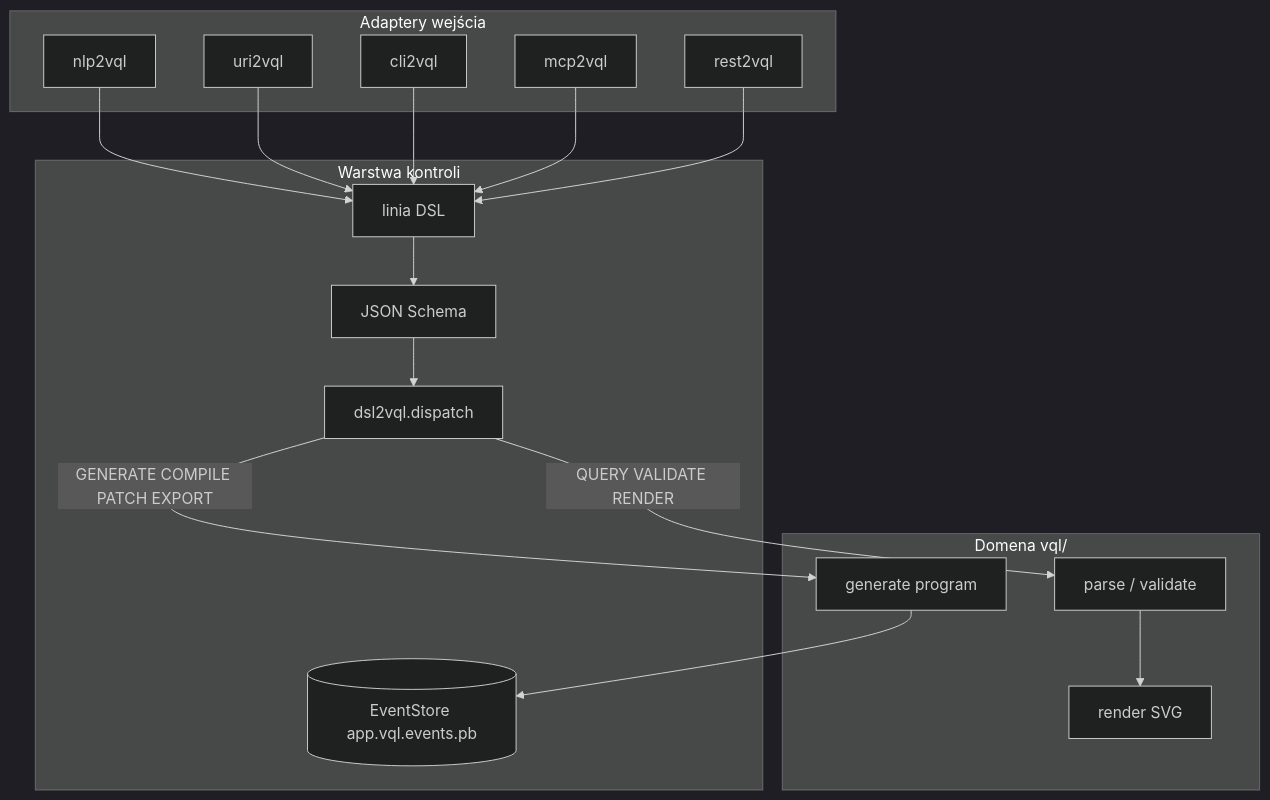
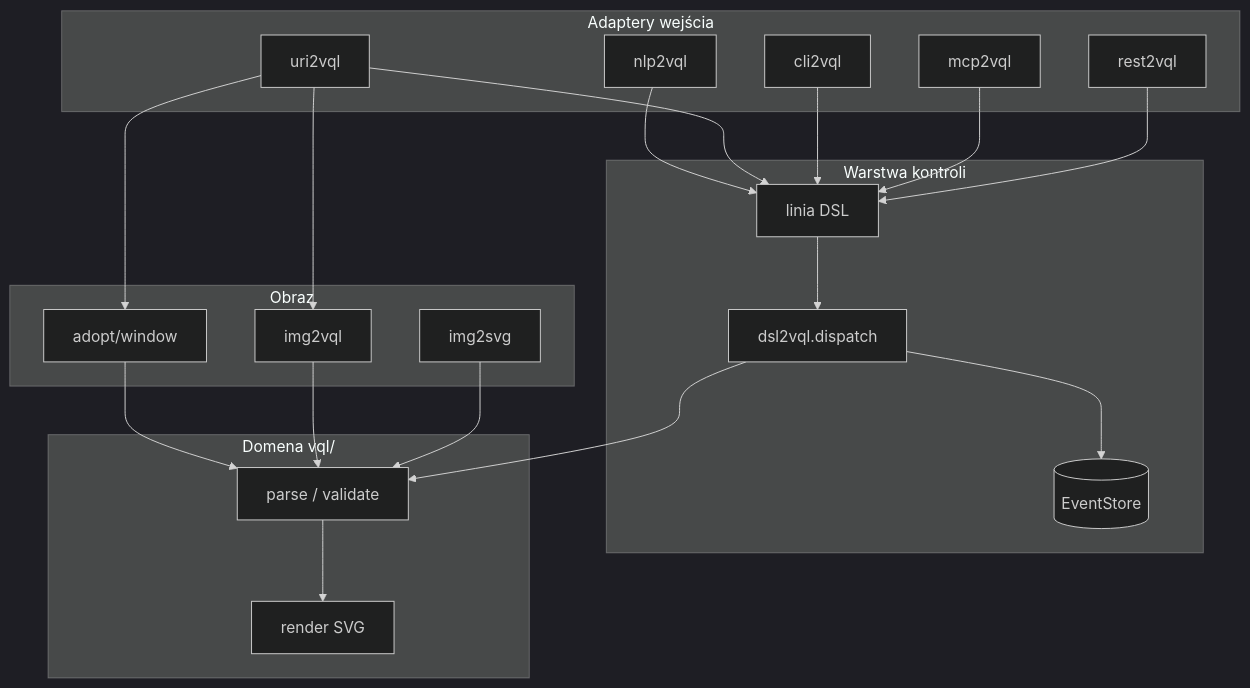
The diagram in packages/README.md (oqlos/vql), drawn with Mermaid (dark theme) before and after one commit. The commit also changed other lines of this file and 111 other files, not shown here.

````diff
--- a/packages/README.md
+++ b/packages/README.md
@@ -28,34 +39,42 @@
 ```mermaid
 flowchart TB
   subgraph adapters [Adaptery wejścia]
     NL[nlp2vql]
     URI[uri2vql]
     CLI[cli2vql]
     MCP[mcp2vql]
     REST[rest2vql]
   end
 
+  subgraph image [Obraz]
+    I2V[img2vql]
+    I2S[img2svg]
+    WIN[adopt/window]
+  end
+
   subgraph control [Warstwa kontroli]
     TXT[linia DSL]
-    SCH[JSON Schema]
     DSL[dsl2vql.dispatch]
-    ES[(EventStore app.vql.events.pb)]
+    ES[(EventStore)]
   end
 
   subgraph domain [Domena vql/]
     P[parse / validate]
     R[render SVG]
-    G[generate program]
   end
 
   NL --> TXT
   URI --> TXT
+  URI --> WIN
+  URI --> I2V
   CLI --> TXT
   MCP --> TXT
   REST --> TXT
-  TXT --> SCH --> DSL
-  DSL -->|QUERY VALIDATE RENDER| P
-  DSL -->|GENERATE COMPILE PATCH EXPORT| G
-  G --> ES
+  TXT --> DSL
+  DSL --> P
+  WIN --> P
+  I2V --> P
+  I2S --> P
   P --> R
+  DSL --> ES
 ```
````
